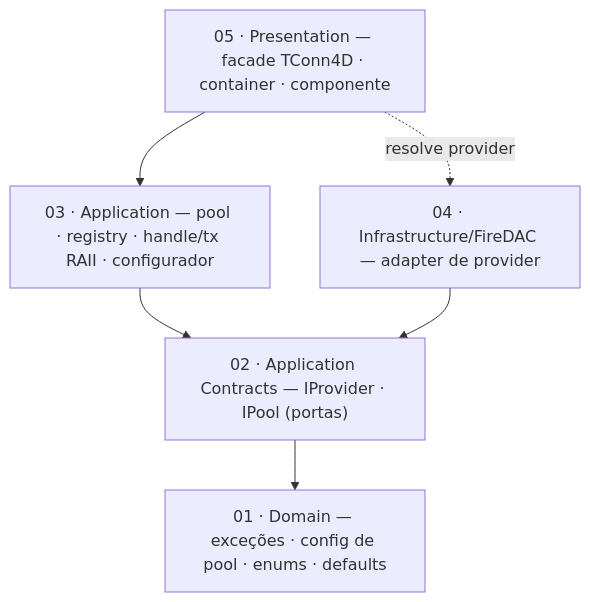
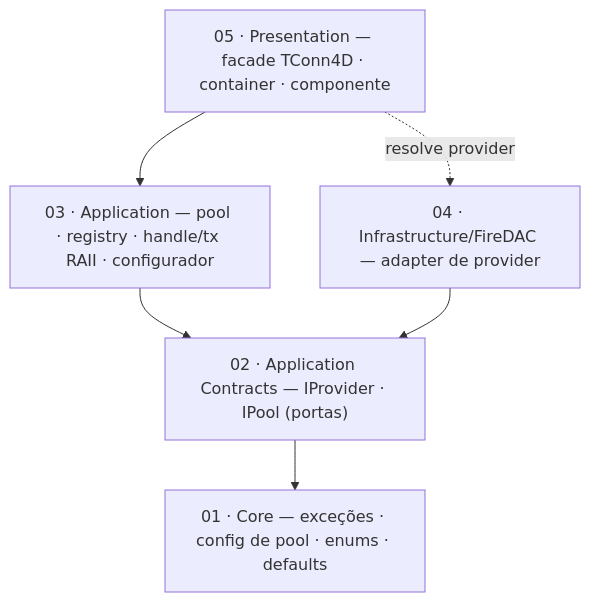
One commit to Gabrielcb08/conn4d changed the second of 2 diagrams in README.pt-BR.md. Above: the diagram before and after it, drawn with Mermaid. The commit also changed other lines of this file and 11 other files, not shown here.

````diff
--- a/README.pt-BR.md
+++ b/README.pt-BR.md
@@ -313,13 +313,13 @@
 ```mermaid
 flowchart TD
     PR["05 · Presentation — facade TConn4D · container · componente"]
     AP["03 · Application — pool · registry · handle/tx RAII · configurador"]
     IN["04 · Infrastructure/FireDAC — adapter de provider"]
     CO["02 · Application Contracts — IProvider · IPool (portas)"]
-    DO["01 · Domain — exceções · config de pool · enums · defaults"]
+    DO["01 · Core — exceções · config de pool · enums · defaults"]
     PR --> AP
     AP --> CO
     IN --> CO
     CO --> DO
     PR -. resolve provider .-> IN
 ```
````
